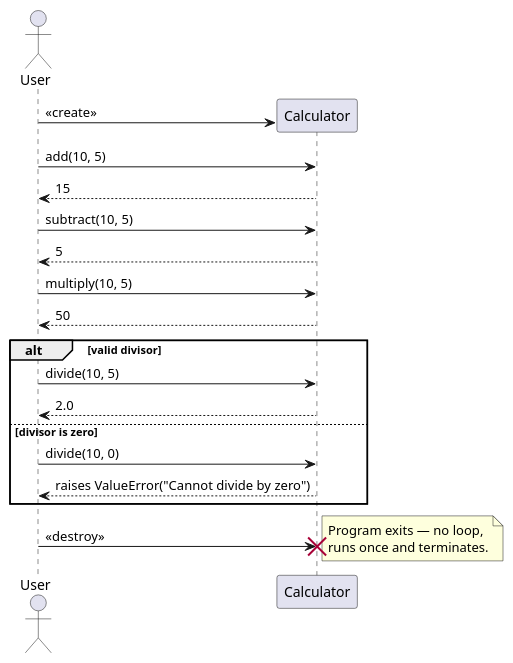
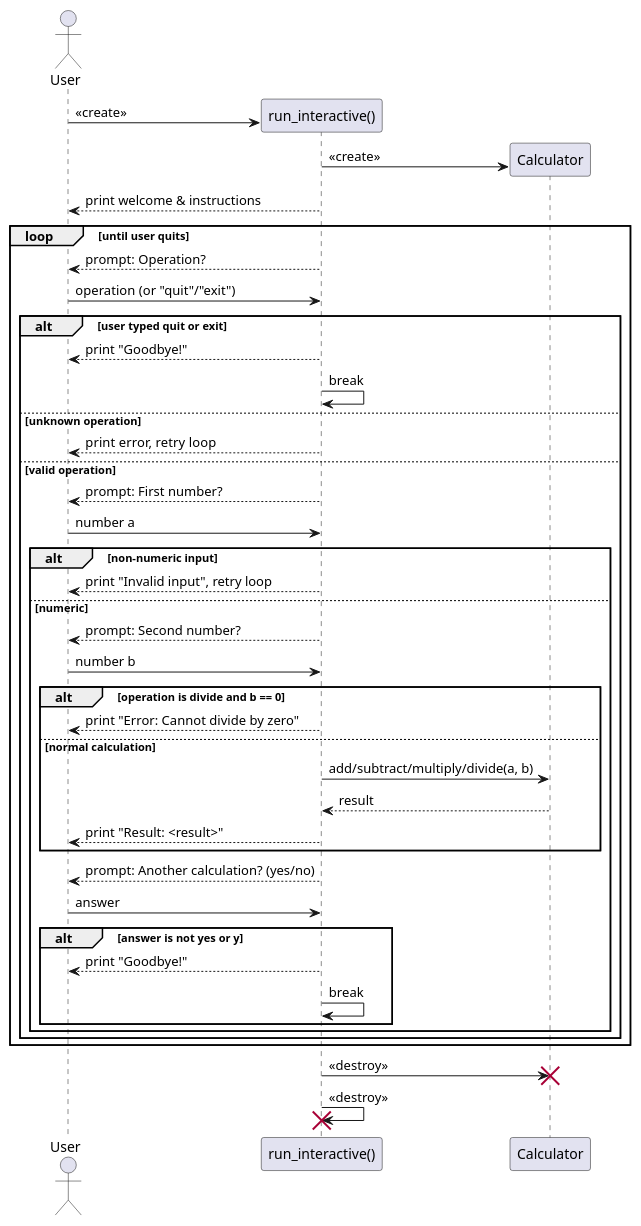
Before and after one commit to DanielRiha8906/Bakalar_part_one: the diagram in artifacts/calculator_sequence_diagram.puml, drawn with PlantUML. The commit also changed 4 other files, not shown here.

First line of the commit message:
Add interactive user-input loop to calculator

```diff
--- a/artifacts/calculator_sequence_diagram.puml
+++ b/artifacts/calculator_sequence_diagram.puml
@@ -1,28 +1,53 @@
 @startuml calculator_sequence_diagram
 
 actor User
+participant "run_interactive()" as Loop
 participant "Calculator" as Calc
 
-User -> Calc ** : <<create>>
+User -> Loop ** : <<create>>
+Loop -> Calc ** : <<create>>
 
-User -> Calc : add(10, 5)
-Calc --> User : 15
+Loop --> User : print welcome & instructions
 
-User -> Calc : subtract(10, 5)
-Calc --> User : 5
+loop until user quits
+    Loop --> User : prompt: Operation?
+    User -> Loop : operation (or "quit"/"exit")
 
-User -> Calc : multiply(10, 5)
-Calc --> User : 50
+    alt user typed quit or exit
+        Loop --> User : print "Goodbye!"
+        Loop -> Loop : break
+    else unknown operation
+        Loop --> User : print error, retry loop
+    else valid operation
+        Loop --> User : prompt: First number?
+        User -> Loop : number a
 
-alt valid divisor
-    User -> Calc : divide(10, 5)
-    Calc --> User : 2.0
-else divisor is zero
-    User -> Calc : divide(10, 0)
-    Calc --> User : raises ValueError("Cannot divide by zero")
+        alt non-numeric input
+            Loop --> User : print "Invalid input", retry loop
+        else numeric
+            Loop --> User : prompt: Second number?
+            User -> Loop : number b
+
+            alt operation is divide and b == 0
+                Loop --> User : print "Error: Cannot divide by zero"
+            else normal calculation
+                Loop -> Calc : add/subtract/multiply/divide(a, b)
+                Calc --> Loop : result
+                Loop --> User : print "Result: <result>"
+            end
+
+            Loop --> User : prompt: Another calculation? (yes/no)
+            User -> Loop : answer
+
+            alt answer is not yes or y
+                Loop --> User : print "Goodbye!"
+                Loop -> Loop : break
+            end
+        end
+    end
 end
 
-User -> Calc !! : <<destroy>>
-note right : Program exits — no loop,\nruns once and terminates.
+Loop -> Calc !! : <<destroy>>
+Loop -> Loop !! : <<destroy>>
 
 @enduml
```
